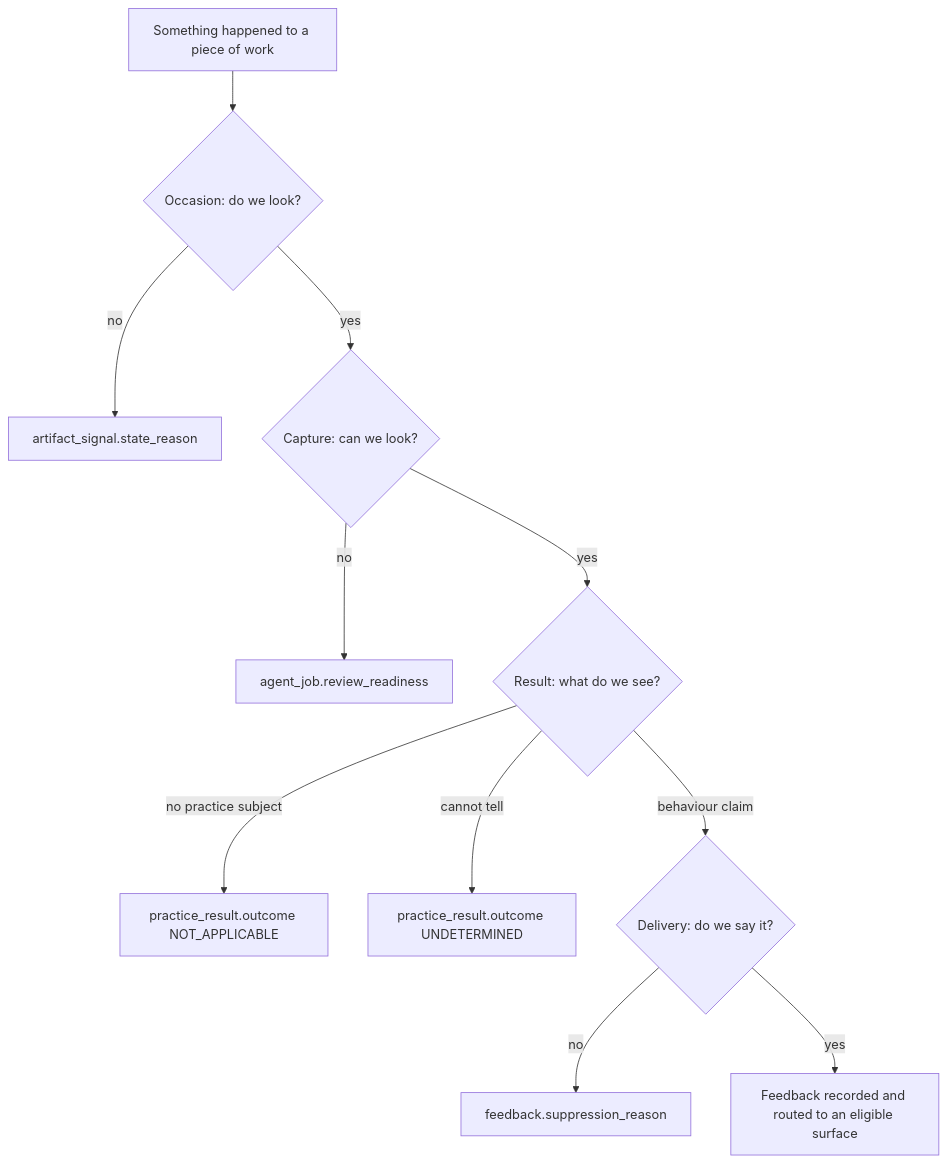
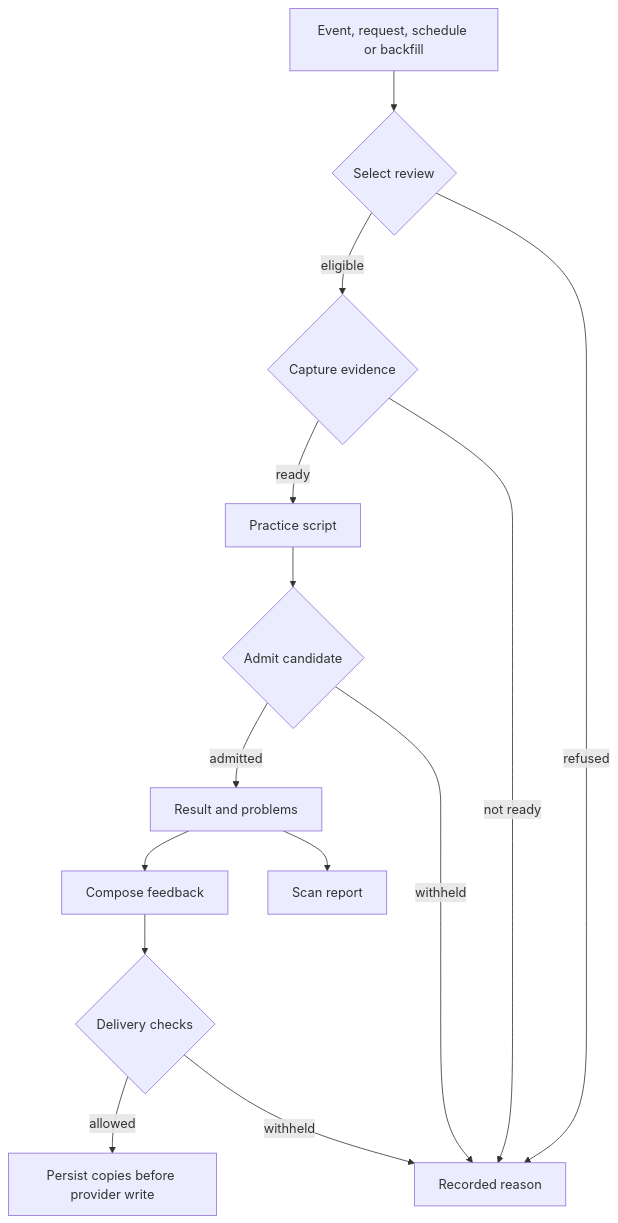
One commit to ls1intum/Hephaestus changed the diagram in docs/contributor/practice-review-pipeline.mdx. Above: the diagram before and after it, drawn with Mermaid. The commit also changed other lines of this file and 3495 other files, not shown here.

First line of the commit message:
refactor: cut the practice review model over to the 1.0 shape (checkpoint)

````diff
--- a/docs/contributor/practice-review-pipeline.mdx
+++ b/docs/contributor/practice-review-pipeline.mdx
@@ -12,15 +15,18 @@
 ```mermaid
-flowchart TB
-    accTitle: Practice review stages and their distinct exits
-    accDescr: Work passes through occasion, evidence capture, result, and delivery. Each stage records its own reason when processing stops.
-    Work[Something happened to a piece of work] --> Occasion{Occasion: do we look?}
-    Occasion -->|no| Refused[artifact_signal.state_reason]
-    Occasion -->|yes| Capture{Capture: can we look?}
-    Capture -->|no| Unready[agent_job.review_readiness]
-    Capture -->|yes| Judge{Result: what do we see?}
-    Judge -->|no practice subject| NotApplicable[practice_result.outcome NOT_APPLICABLE]
-    Judge -->|cannot tell| Undetermined[practice_result.outcome UNDETERMINED]
-    Judge -->|behaviour claim| Deliver{Delivery: do we say it?}
-    Deliver -->|no| Quiet[feedback.suppression_reason]
-    Deliver -->|yes| Said[Feedback recorded and routed to an eligible surface]
+flowchart TD
+  accTitle: Practice review and feedback
+  accDescr: Selection and capture permit result admission. Admitted results can support feedback or a scan report.
+  E[Event, request, schedule or backfill] --> S{Select review}
+  S -->|eligible| C{Capture evidence}
+  S -->|refused| W[Recorded reason]
+  C -->|ready| P[Practice script]
+  C -->|not ready| W
+  P --> A{Admit candidate}
+  A -->|withheld| W
+  A -->|admitted| R[Result and problems]
+  R --> F[Compose feedback]
+  F --> D{Delivery checks}
+  D -->|allowed| CP[Persist copies before provider write]
+  D -->|withheld| W
+  R --> SR[Scan report]
 ```
````
